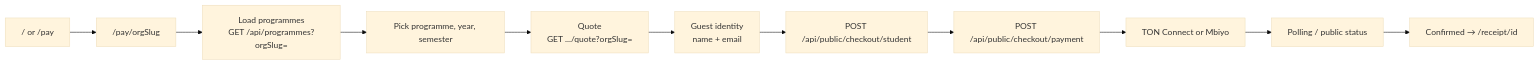
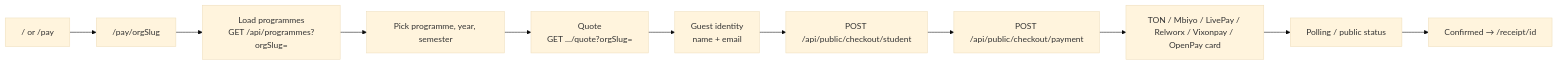
One commit to infoedutechos/openpaygb changed the diagram in docs/USER_FLOW.md. Above: the diagram before and after it, drawn with Mermaid (base theme). The commit also changed other lines of this file and 32 other files, not shown here.

````diff
--- a/docs/USER_FLOW.md
+++ b/docs/USER_FLOW.md
@@ -22,13 +22,13 @@
 ```mermaid
 flowchart LR
   A["/ or /pay"] --> B["/pay/orgSlug"]
   B --> C["Load programmes\nGET /api/programmes?orgSlug="]
   C --> D["Pick programme, year, semester"]
   D --> E["Quote\nGET .../quote?orgSlug="]
   E --> F["Guest identity\nname + email"]
   F --> G["POST /api/public/checkout/student"]
   G --> H["POST /api/public/checkout/payment"]
-  H --> I["TON Connect or Mbiyo"]
+  H --> I["TON / Mbiyo / LivePay / Relworx / Vixonpay / OpenPay card"]
   I --> J["Polling / public status"]
   J --> K["Confirmed → /receipt/id"]
 ```
````
